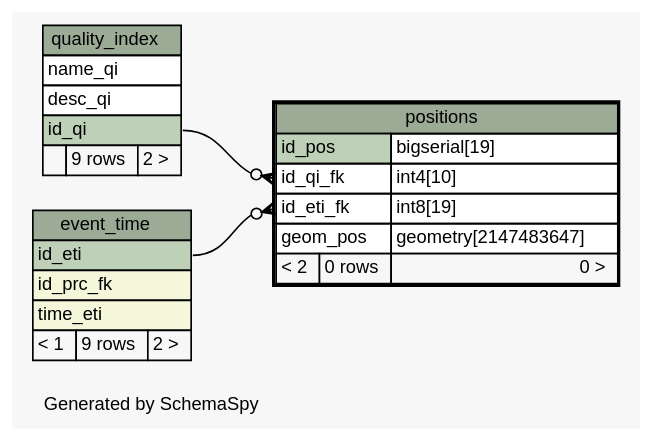
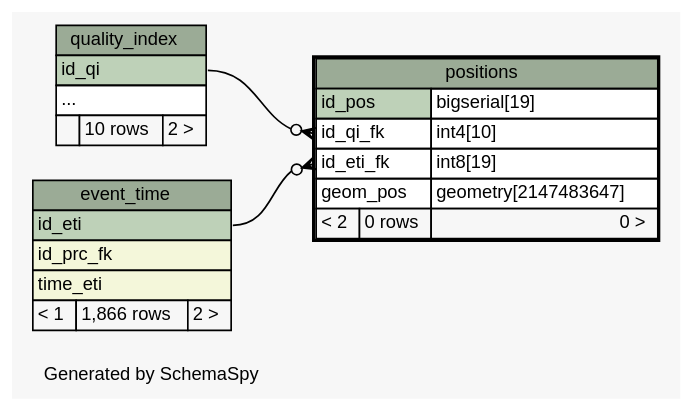
One commit to istSOS/istsos2 changed the diagram in documentation/_static/istsosDB/diagrams/positions.1degree.dot. Above: the diagram before and after it, drawn with Graphviz. The commit also changed 92 other files, not shown here.

Commit message:
add new schema documentation

```diff
--- a/documentation/_static/istsosDB/diagrams/positions.1degree.dot
+++ b/documentation/_static/istsosDB/diagrams/positions.1degree.dot
@@ -1,61 +1,60 @@
-// dot 2.26.3 on Linux 3.2.0-38-generic-pae
-// SchemaSpy rev 590
+// dot 2.36.0 on Linux 3.16.7-031607-generic
+// SchemaSpy rev Unknown
 digraph "oneDegreeRelationshipsDiagram" {
   graph [
     rankdir="RL"
     bgcolor="#f7f7f7"
     label="\nGenerated by SchemaSpy"
     labeljust="l"
     nodesep="0.18"
     ranksep="0.46"
     fontname="Helvetica"
     fontsize="11"
   ];
   node [
     fontname="Helvetica"
     fontsize="11"
     shape="plaintext"
   ];
   edge [
     arrowsize="0.8"
   ];
   "positions":"id_eti_fk":w -> "event_time":"id_eti":e [arrowhead=none dir=back arrowtail=crowodot];
   "positions":"id_qi_fk":w -> "quality_index":"id_qi":e [arrowhead=none dir=back arrowtail=crowodot];
   "event_time" [
     label=<
     <TABLE BORDER="0" CELLBORDER="1" CELLSPACING="0" BGCOLOR="#ffffff">
       <TR><TD COLSPAN="3" BGCOLOR="#9bab96" ALIGN="CENTER">event_time</TD></TR>
       <TR><TD PORT="id_eti" COLSPAN="3" BGCOLOR="#bed1b8" ALIGN="LEFT">id_eti</TD></TR>
       <TR><TD PORT="id_prc_fk" COLSPAN="3" BGCOLOR="#f4f7da" ALIGN="LEFT">id_prc_fk</TD></TR>
       <TR><TD PORT="time_eti" COLSPAN="3" BGCOLOR="#f4f7da" ALIGN="LEFT">time_eti</TD></TR>
-      <TR><TD ALIGN="LEFT" BGCOLOR="#f7f7f7">&lt; 1</TD><TD ALIGN="RIGHT" BGCOLOR="#f7f7f7">9 rows</TD><TD ALIGN="RIGHT" BGCOLOR="#f7f7f7">2 &gt;</TD></TR>
+      <TR><TD ALIGN="LEFT" BGCOLOR="#f7f7f7">&lt; 1</TD><TD ALIGN="RIGHT" BGCOLOR="#f7f7f7">1,866 rows</TD><TD ALIGN="RIGHT" BGCOLOR="#f7f7f7">2 &gt;</TD></TR>
     </TABLE>>
     URL="event_time.html"
     tooltip="event_time"
   ];
   "positions" [
     label=<
     <TABLE BORDER="2" CELLBORDER="1" CELLSPACING="0" BGCOLOR="#ffffff">
       <TR><TD COLSPAN="3" BGCOLOR="#9bab96" ALIGN="CENTER">positions</TD></TR>
       <TR><TD PORT="id_pos" COLSPAN="2" BGCOLOR="#bed1b8" ALIGN="LEFT">id_pos</TD><TD PORT="id_pos.type" ALIGN="LEFT">bigserial[19]</TD></TR>
       <TR><TD PORT="id_qi_fk" COLSPAN="2" ALIGN="LEFT">id_qi_fk</TD><TD PORT="id_qi_fk.type" ALIGN="LEFT">int4[10]</TD></TR>
       <TR><TD PORT="id_eti_fk" COLSPAN="2" ALIGN="LEFT">id_eti_fk</TD><TD PORT="id_eti_fk.type" ALIGN="LEFT">int8[19]</TD></TR>
       <TR><TD PORT="geom_pos" COLSPAN="2" ALIGN="LEFT">geom_pos</TD><TD PORT="geom_pos.type" ALIGN="LEFT">geometry[2147483647]</TD></TR>
       <TR><TD ALIGN="LEFT" BGCOLOR="#f7f7f7">&lt; 2</TD><TD ALIGN="RIGHT" BGCOLOR="#f7f7f7">0 rows</TD><TD ALIGN="RIGHT" BGCOLOR="#f7f7f7">0 &gt;</TD></TR>
     </TABLE>>
     URL="positions.html"
     tooltip="positions"
   ];
   "quality_index" [
     label=<
     <TABLE BORDER="0" CELLBORDER="1" CELLSPACING="0" BGCOLOR="#ffffff">
       <TR><TD COLSPAN="3" BGCOLOR="#9bab96" ALIGN="CENTER">quality_index</TD></TR>
-      <TR><TD PORT="name_qi" COLSPAN="3" ALIGN="LEFT">name_qi</TD></TR>
-      <TR><TD PORT="desc_qi" COLSPAN="3" ALIGN="LEFT">desc_qi</TD></TR>
       <TR><TD PORT="id_qi" COLSPAN="3" BGCOLOR="#bed1b8" ALIGN="LEFT">id_qi</TD></TR>
-      <TR><TD ALIGN="LEFT" BGCOLOR="#f7f7f7">  </TD><TD ALIGN="RIGHT" BGCOLOR="#f7f7f7">9 rows</TD><TD ALIGN="RIGHT" BGCOLOR="#f7f7f7">2 &gt;</TD></TR>
+      <TR><TD PORT="elipses" COLSPAN="3" ALIGN="LEFT">...</TD></TR>
+      <TR><TD ALIGN="LEFT" BGCOLOR="#f7f7f7">  </TD><TD ALIGN="RIGHT" BGCOLOR="#f7f7f7">10 rows</TD><TD ALIGN="RIGHT" BGCOLOR="#f7f7f7">2 &gt;</TD></TR>
     </TABLE>>
     URL="quality_index.html"
     tooltip="quality_index"
   ];
 }
```
